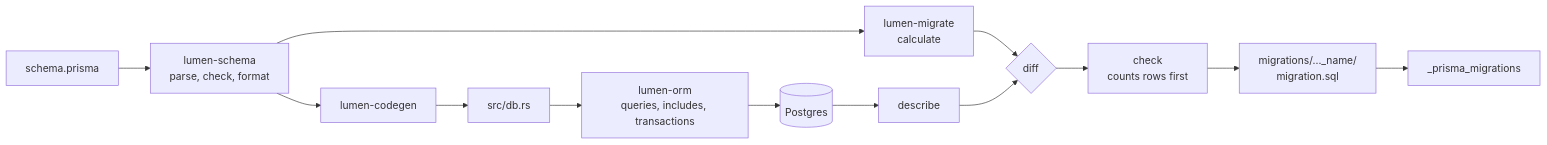
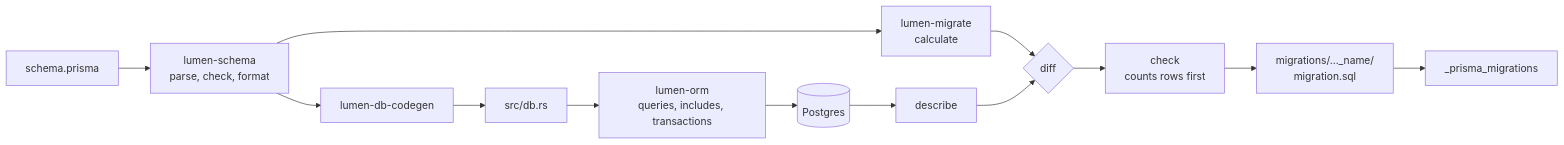
Before and after one commit to uniqtechteam/lumen: the diagram in docs/diagrams/pipeline.mmd, drawn with Mermaid. The commit also changed 42 other files, not shown here.

First line of the commit message:
Publish the generator and CLI as lumen-db-codegen and lumen-db-cli

```diff
--- a/docs/diagrams/pipeline.mmd
+++ b/docs/diagrams/pipeline.mmd
@@ -1,13 +1,13 @@
 flowchart LR
     S[schema.prisma] --> P[lumen-schema<br/>parse, check, format]
     P --> C[lumen-migrate<br/>calculate]
     DB[(Postgres)] --> D[describe]
     C --> F{diff}
     D --> F
     F --> K[check<br/>counts rows first]
     K --> M[migrations/..._name/<br/>migration.sql]
     M --> H[_prisma_migrations]
-    P --> G[lumen-codegen]
+    P --> G[lumen-db-codegen]
     G --> R[src/db.rs]
     R --> O[lumen-orm<br/>queries, includes, transactions]
     O --> DB
```
